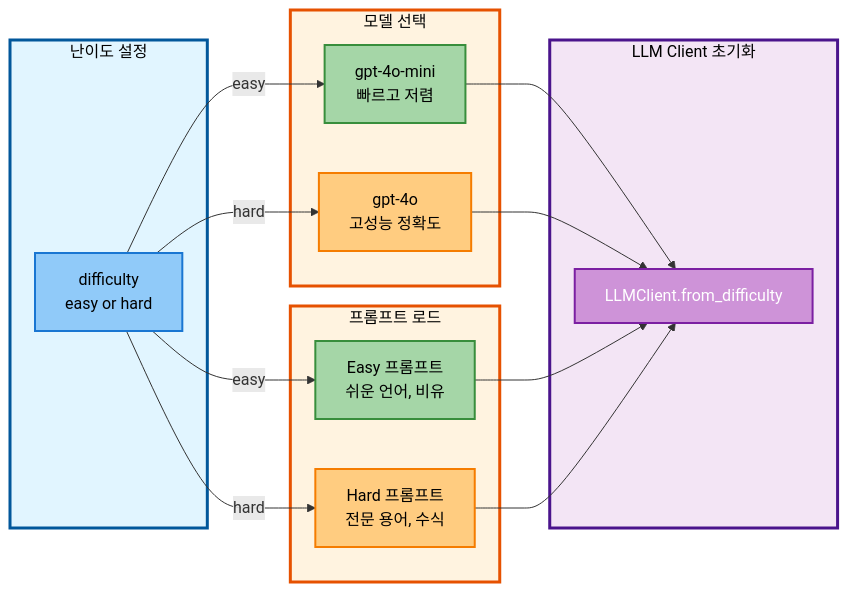
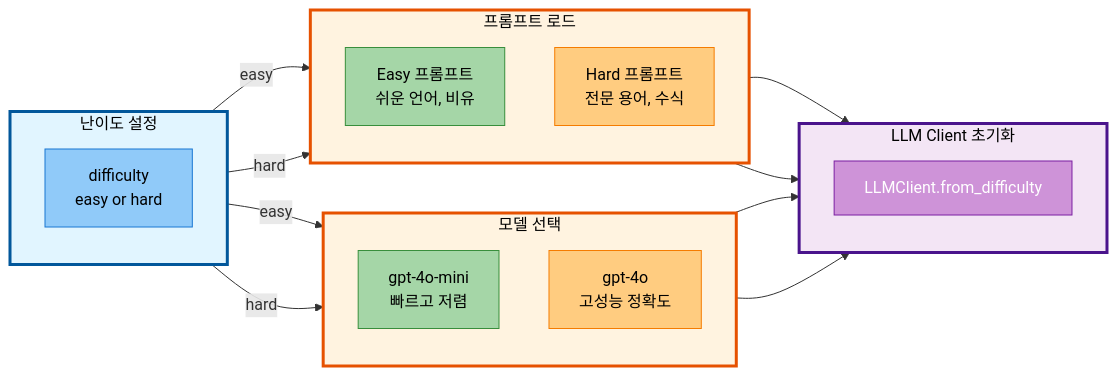
The third of 3 diagrams in docs/issues/04-1_프롬프트_엔지니어링_통합_보고서.md (AIBootcamp14/langchainproject-new-langchainproject_5), drawn with Mermaid before and after one commit. The commit also changed other lines of this file, not shown here.

First line of the commit message:
fix: Mermaid 다이어그램 스타일 수정 (mermaid_style.md 패턴 적용)

````diff
--- a/docs/issues/04-1_프롬프트_엔지니어링_통합_보고서.md
+++ b/docs/issues/04-1_프롬프트_엔지니어링_통합_보고서.md
@@ -407,47 +428,58 @@
 ```mermaid
 graph LR
     subgraph DiffSetting["난이도 설정"]
+        direction TB
         Difficulty[difficulty<br/>easy or hard]
     end
 
     subgraph ClientInit["LLM Client 초기화"]
+        direction TB
         LLMClient[LLMClient.from_difficulty]
     end
 
     subgraph ModelSelect["모델 선택"]
+        direction TB
         EasyModel[gpt-4o-mini<br/>빠르고 저렴]
         HardModel[gpt-4o<br/>고성능 정확도]
     end
 
     subgraph PromptLoad["프롬프트 로드"]
+        direction TB
         EasyPrompt[Easy 프롬프트<br/>쉬운 언어, 비유]
         HardPrompt[Hard 프롬프트<br/>전문 용어, 수식]
     end
 
     Difficulty -->|"easy"| EasyModel
     Difficulty -->|"hard"| HardModel
     Difficulty -->|"easy"| EasyPrompt
     Difficulty -->|"hard"| HardPrompt
 
     EasyModel --> LLMClient
     HardModel --> LLMClient
     EasyPrompt --> LLMClient
     HardPrompt --> LLMClient
 
-    %% Subgraph 스타일 (색상 팔레트)
+    %% Subgraph 스타일
     style DiffSetting fill:#e1f5ff,stroke:#01579b,stroke-width:3px,color:#000
     style ClientInit fill:#f3e5f5,stroke:#4a148c,stroke-width:3px,color:#000
     style ModelSelect fill:#fff3e0,stroke:#e65100,stroke-width:3px,color:#000
     style PromptLoad fill:#fff3e0,stroke:#e65100,stroke-width:3px,color:#000
 
-    %% 노드 클래스 정의
-    classDef difficulty fill:#90caf9,stroke:#1976d2,stroke-width:2px,color:#000
-    classDef client fill:#ce93d8,stroke:#7b1fa2,stroke-width:2px,color:#fff
-    classDef easy fill:#a5d6a7,stroke:#388e3c,stroke-width:2px,color:#000
-    classDef hard fill:#ffcc80,stroke:#f57c00,stroke-width:2px,color:#000
+    %% 노드 스타일 (난이도 설정 - 파랑 계열)
+    style Difficulty fill:#90caf9,stroke:#1976d2,color:#000
 
-    class Difficulty difficulty
-    class LLMClient client
-    class EasyModel,EasyPrompt easy
-    class HardModel,HardPrompt hard
+    %% 노드 스타일 (LLM Client - 보라 계열)
+    style LLMClient fill:#ce93d8,stroke:#7b1fa2,color:#fff
+
+    %% 노드 스타일 (Easy 모델 - 녹색 계열)
+    style EasyModel fill:#a5d6a7,stroke:#388e3c,color:#000
+
+    %% 노드 스타일 (Hard 모델 - 주황 계열)
+    style HardModel fill:#ffcc80,stroke:#f57c00,color:#000
+
+    %% 노드 스타일 (Easy 프롬프트 - 녹색 계열)
+    style EasyPrompt fill:#a5d6a7,stroke:#388e3c,color:#000
+
+    %% 노드 스타일 (Hard 프롬프트 - 주황 계열)
+    style HardPrompt fill:#ffcc80,stroke:#f57c00,color:#000
 ```
````
